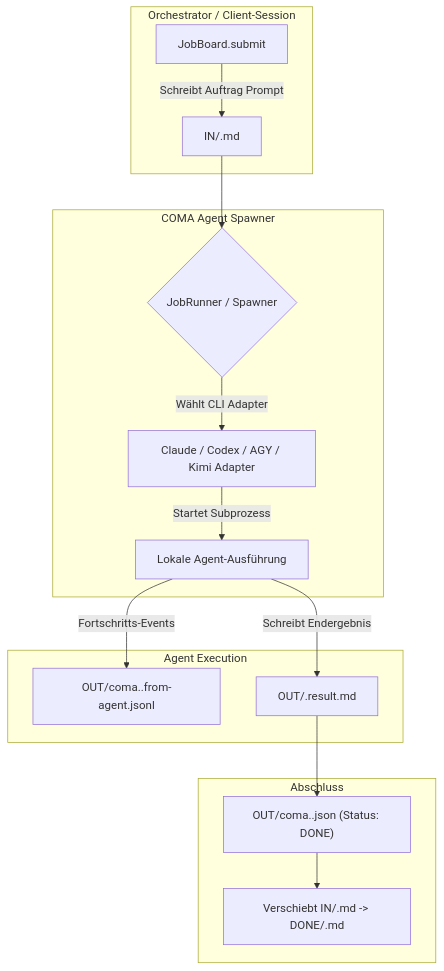
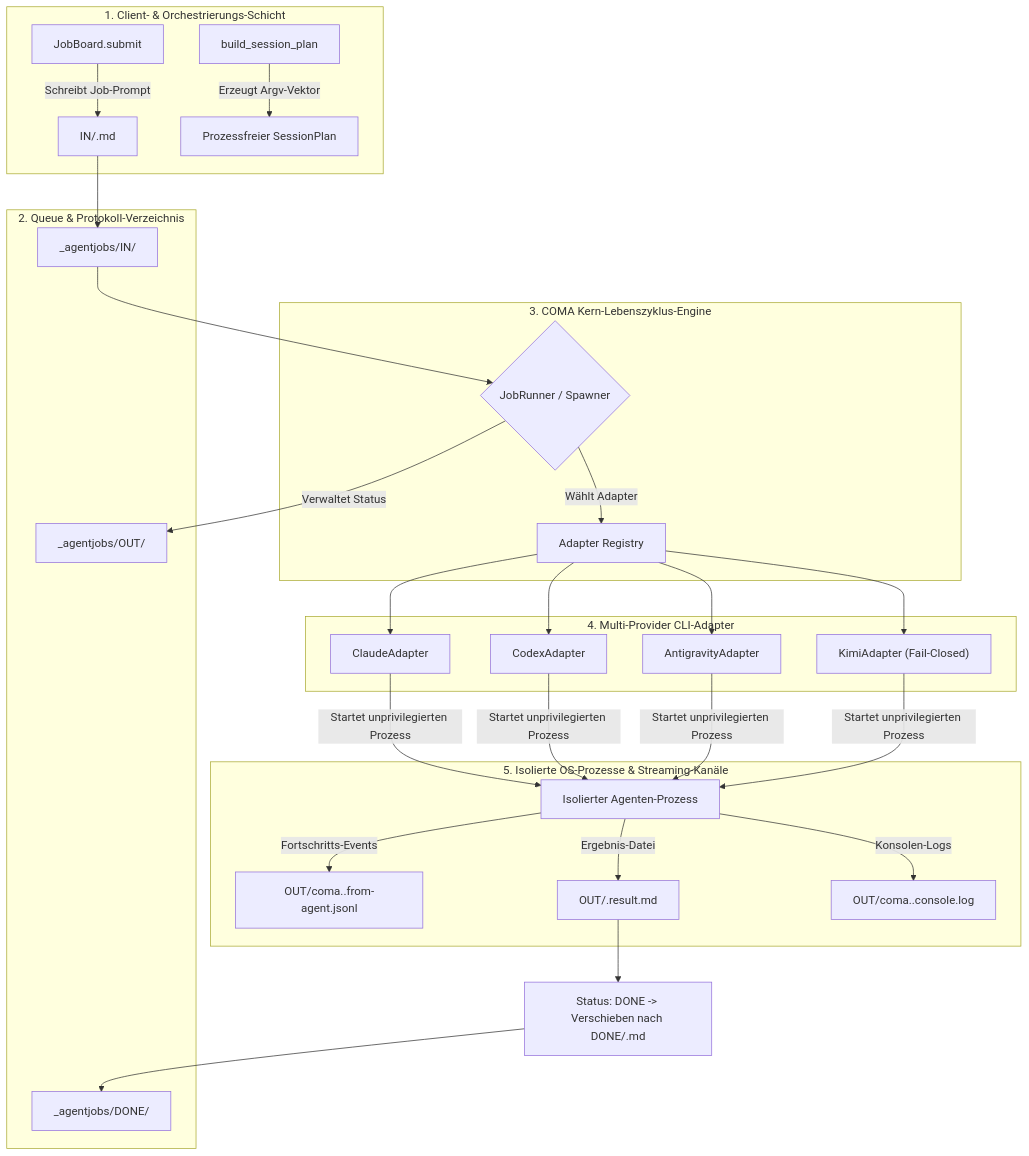
Before and after one commit to ellmos-ai/coma: the first of 2 diagrams in README_de.md, drawn with Mermaid. The commit also changed other lines of this file and 9 other files, not shown here.

````diff
--- a/README_de.md
+++ b/README_de.md
@@ -144,22 +295,36 @@
 ```mermaid
 flowchart TD
-    subgraph Client ["Orchestrator / Client-Session"]
-        A["JobBoard.submit"] -->|"Schreibt Auftrag Prompt"| B["IN/<jobid>.md"]
+    subgraph Layer1 ["1. Client- & Orchestrierungs-Schicht"]
+        A1["JobBoard.submit"] -->|"Schreibt Job-Prompt"| B1["IN/<jobid>.md"]
+        A2["build_session_plan"] -->|"Erzeugt Argv-Vektor"| B2["Prozessfreier SessionPlan"]
     end
 
-    subgraph COMA ["COMA Agent Spawner"]
-        B --> C{"JobRunner / Spawner"}
-        C -->|"Wählt CLI Adapter"| D["Claude / Codex / AGY / Kimi Adapter"]
-        D -->|"Startet Subprozess"| E["Lokale Agent-Ausführung"]
+    subgraph Layer2 ["2. Queue & Protokoll-Verzeichnis"]
+        B1 --> C1["_agentjobs/IN/"]
+        C2["_agentjobs/OUT/"]
+        C3["_agentjobs/DONE/"]
     end
 
-    subgraph Agent ["Agent Execution"]
-        E -->|"Fortschritts-Events"| F["OUT/coma.<jobid>.from-agent.jsonl"]
-        E -->|"Schreibt Endergebnis"| G["OUT/<jobid>.result.md"]
+    subgraph Layer3 ["3. COMA Kern-Lebenszyklus-Engine"]
+        C1 --> D1{"JobRunner / Spawner"}
+        D1 -->|"Wählt Adapter"| D2["Adapter Registry"]
+        D1 -->|"Verwaltet Status"| C2
     end
 
-    subgraph Completion ["Abschluss"]
-        G --> H["OUT/coma.<jobid>.json (Status: DONE)"]
-        H --> I["Verschiebt IN/<jobid>.md -> DONE/<jobid>.md"]
+    subgraph Layer4 ["4. Multi-Provider CLI-Adapter"]
+        D2 --> E1["ClaudeAdapter"]
+        D2 --> E2["CodexAdapter"]
+        D2 --> E3["AntigravityAdapter"]
+        D2 --> E4["KimiAdapter (Fail-Closed)"]
     end
+
+    subgraph Layer5 ["5. Isolierte OS-Prozesse & Streaming-Kanäle"]
+        E1 & E2 & E3 & E4 -->|"Startet unprivilegierten Prozess"| F1["Isolierter Agenten-Prozess"]
+        F1 -->|"Fortschritts-Events"| G1["OUT/coma.<jobid>.from-agent.jsonl"]
+        F1 -->|"Ergebnis-Datei"| G2["OUT/<jobid>.result.md"]
+        F1 -->|"Konsolen-Logs"| G3["OUT/coma.<jobid>.console.log"]
+    end
+
+    G2 --> H1["Status: DONE -> Verschieben nach DONE/<jobid>.md"]
+    H1 --> C3
 ```
````
